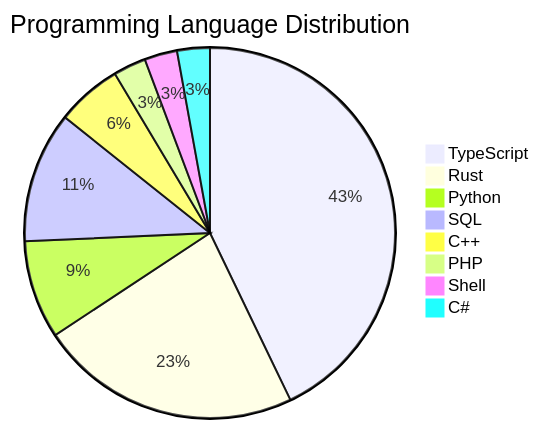
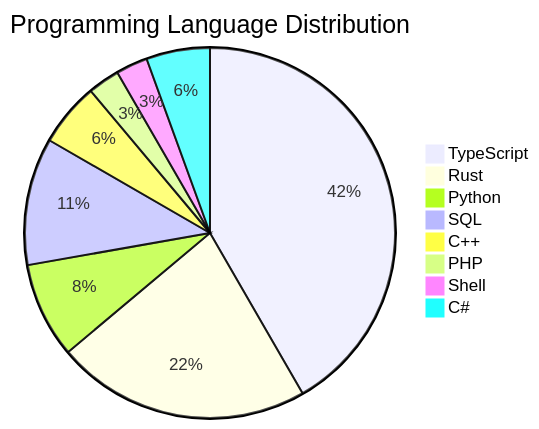
One commit to ernivani/leetcode-solutions changed the second of 2 diagrams in JOURNAL.md. Above: the diagram before and after it, drawn with Mermaid. The commit also changed other lines of this file and 2 other files, not shown here.

````diff
--- a/JOURNAL.md
+++ b/JOURNAL.md
@@ -54,11 +55,11 @@
 ```mermaid
 pie title Programming Language Distribution
     "TypeScript" : 15
     "Rust" : 8
     "Python" : 3
     "SQL" : 4
     "C++" : 2
     "PHP" : 1
     "Shell" : 1
-    "C#" : 1
+    "C#" : 2
 ```
````
